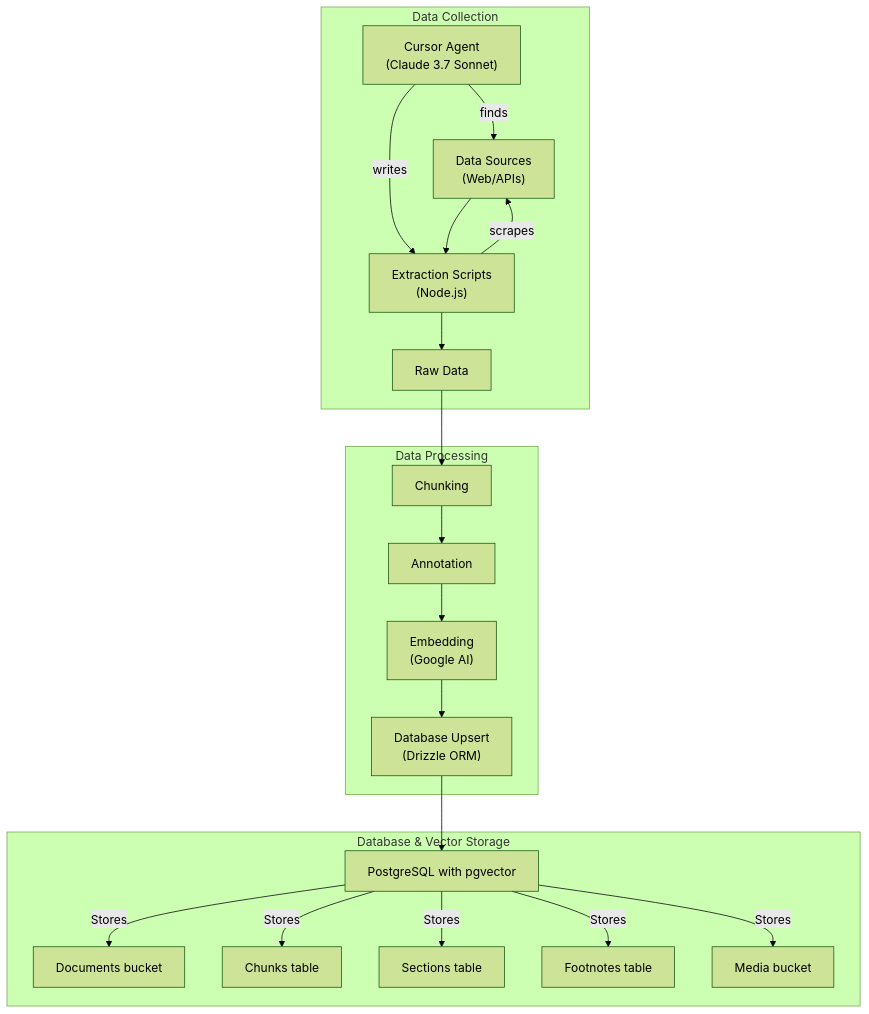
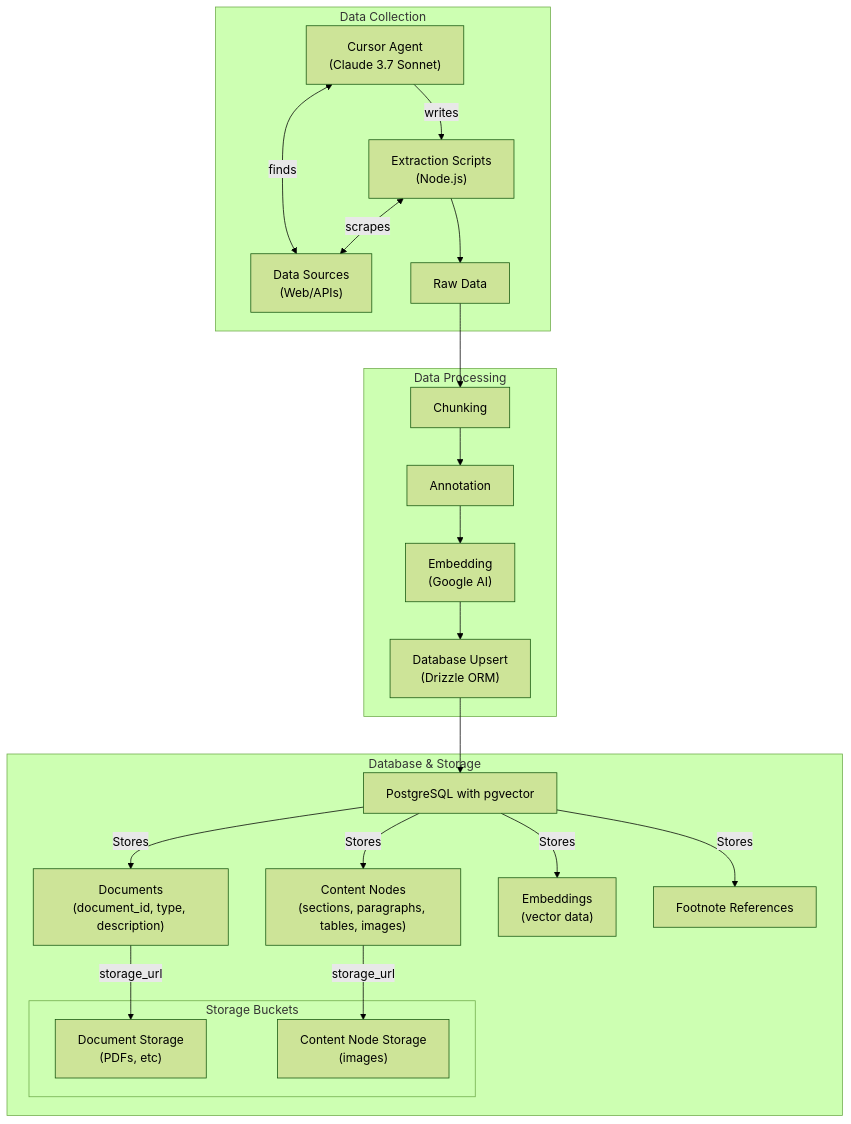
The first of 2 diagrams in README.md (Teal-Insights/ccdr-extraction-workflow), drawn with Mermaid (forest theme) before and after one commit. The commit also changed other lines of this file and 1 other file, not shown here.

Commit message:
Final database schema and architecture diagram

````diff
--- a/README.md
+++ b/README.md
@@ -17,26 +17,32 @@
 ```mermaid
 graph TB
     subgraph "Data Collection"
-        C["Cursor Agent<br>(Claude 3.7 Sonnet)"] -- finds --> B["Data Sources<br>(Web/APIs)"]
+        C["Cursor Agent<br>(Claude 3.7 Sonnet)"] <-- finds --> B["Data Sources<br>(Web/APIs)"]
         C -- writes --> D["Extraction Scripts<br>(Node.js)"]
-        D -- scrapes --> B
-        B --> D
+        D <-- scrapes --> B
         D --> F["Raw Data"]
     end
 
     subgraph "Data Processing"
         F --> I["Chunking"]
         I --> J["Annotation"]
         J --> K["Embedding<br>(Google AI)"]
         K --> L["Database Upsert<br>(Drizzle ORM)"]
     end
 
-    subgraph "Database & Vector Storage"
+    subgraph "Database & Storage"
         L --> M["PostgreSQL with pgvector"]
-        M -- Stores --> N["Documents bucket"]
-        M -- Stores --> O["Chunks table"]
-        M -- Stores --> P["Sections table"]
-        M -- Stores --> Q["Footnotes table"]
-        M -- Stores --> R["Media bucket"]
+        M -- Stores --> N["Documents<br>(document_id, type, description)"]
+        M -- Stores --> O["Content Nodes<br>(sections, paragraphs, tables, images)"]
+        M -- Stores --> P["Embeddings<br>(vector data)"]
+        M -- Stores --> Q["Footnote References"]
+        
+        subgraph "Storage Buckets"
+            S["Document Storage<br>(PDFs, etc)"]
+            T["Content Node Storage<br>(images)"]
+        end
+        
+        N -- storage_url --> S
+        O -- storage_url --> T
     end
 ```
````
